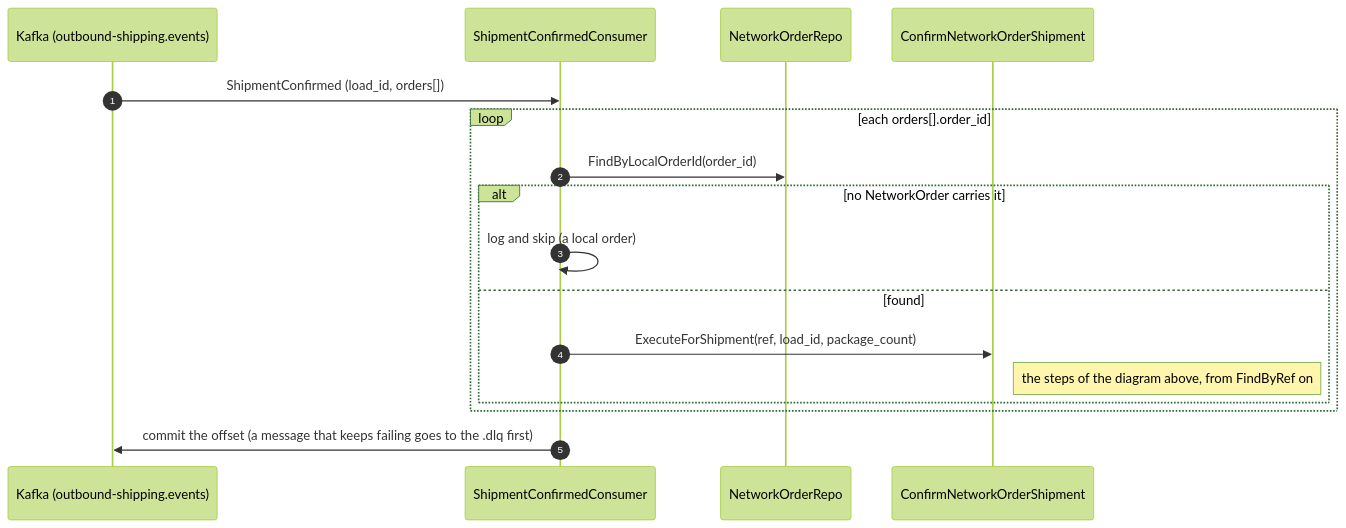
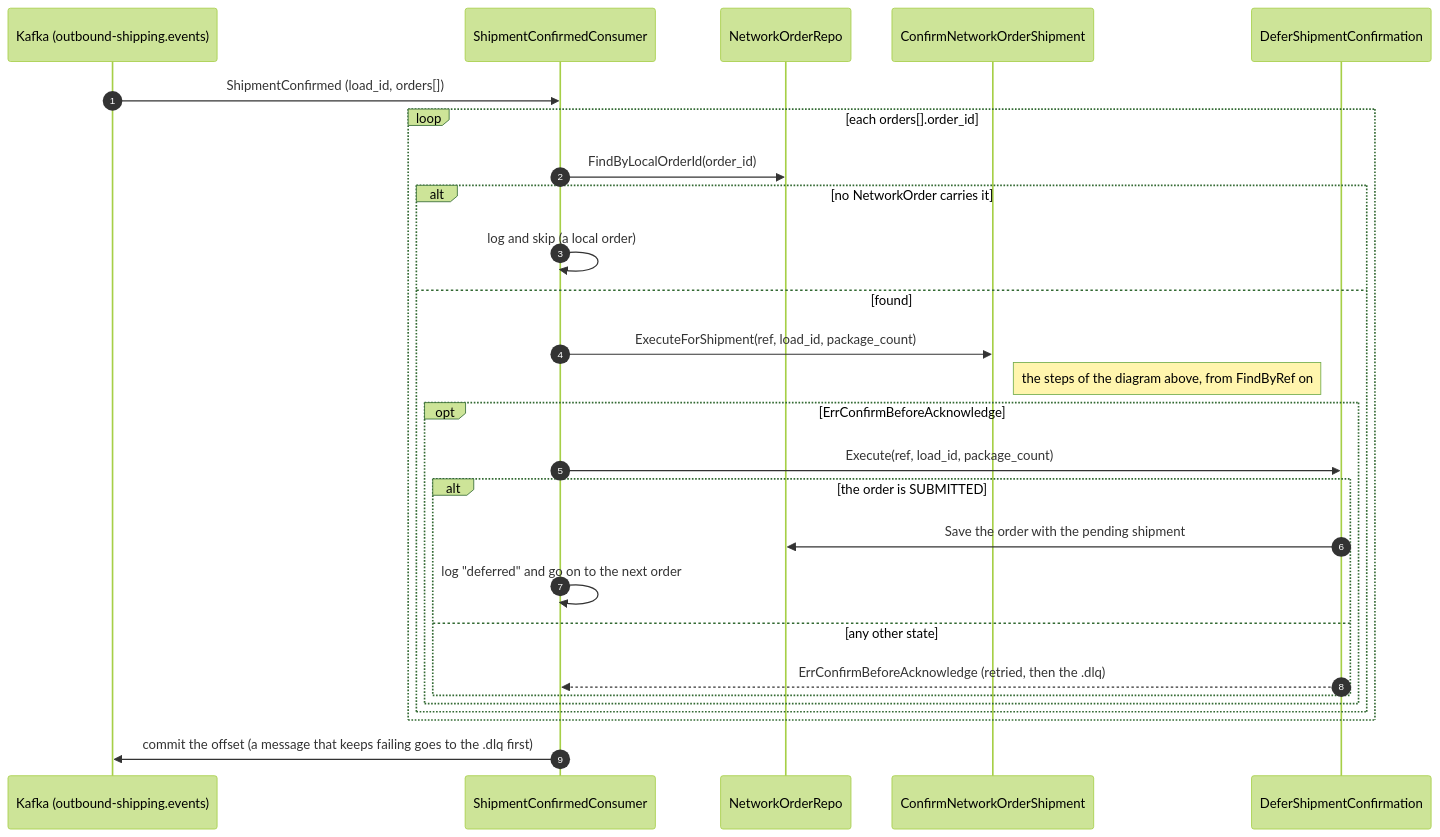
Before and after one commit to IQVO/network-fulfillment: the fifth of 8 diagrams in docs/docs/ddd/sequence-diagrams.md, drawn with Mermaid (forest theme). The commit also changed other lines of this file and 17 other files, not shown here.

First line of the commit message:
docs+test(shipment): ADR 0014 addendum D7, deferred-shipment BDD and integration coverage

````diff
--- a/docs/docs/ddd/sequence-diagrams.md
+++ b/docs/docs/ddd/sequence-diagrams.md
@@ -249,19 +249,29 @@
 ```mermaid
 sequenceDiagram
     autonumber
     participant K as Kafka (outbound-shipping.events)
     participant SC as ShipmentConfirmedConsumer
     participant R as NetworkOrderRepo
     participant UC as ConfirmNetworkOrderShipment
+    participant D as DeferShipmentConfirmation
     K->>SC: ShipmentConfirmed (load_id, orders[])
     loop each orders[].order_id
         SC->>R: FindByLocalOrderId(order_id)
         alt no NetworkOrder carries it
             SC->>SC: log and skip (a local order)
         else found
             SC->>UC: ExecuteForShipment(ref, load_id, package_count)
             Note right of UC: the steps of the diagram above, from FindByRef on
+            opt ErrConfirmBeforeAcknowledge
+                SC->>D: Execute(ref, load_id, package_count)
+                alt the order is SUBMITTED
+                    D->>R: Save the order with the pending shipment
+                    SC->>SC: log "deferred" and go on to the next order
+                else any other state
+                    D-->>SC: ErrConfirmBeforeAcknowledge (retried, then the .dlq)
+                end
+            end
         end
     end
     SC->>K: commit the offset (a message that keeps failing goes to the .dlq first)
 ```
````
